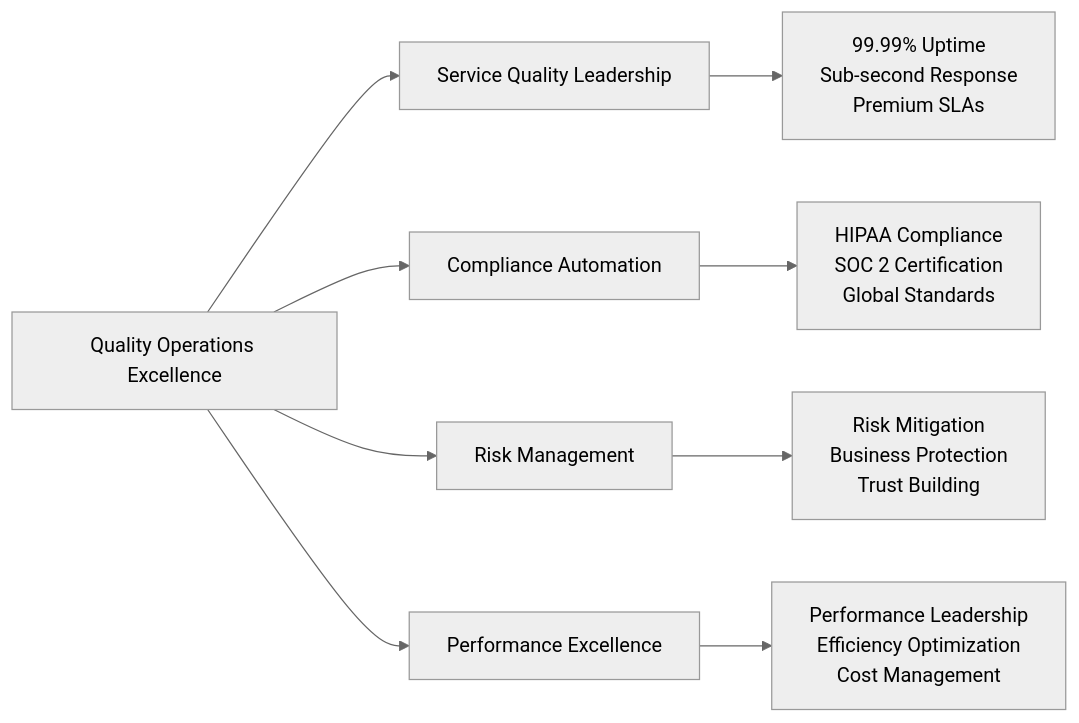
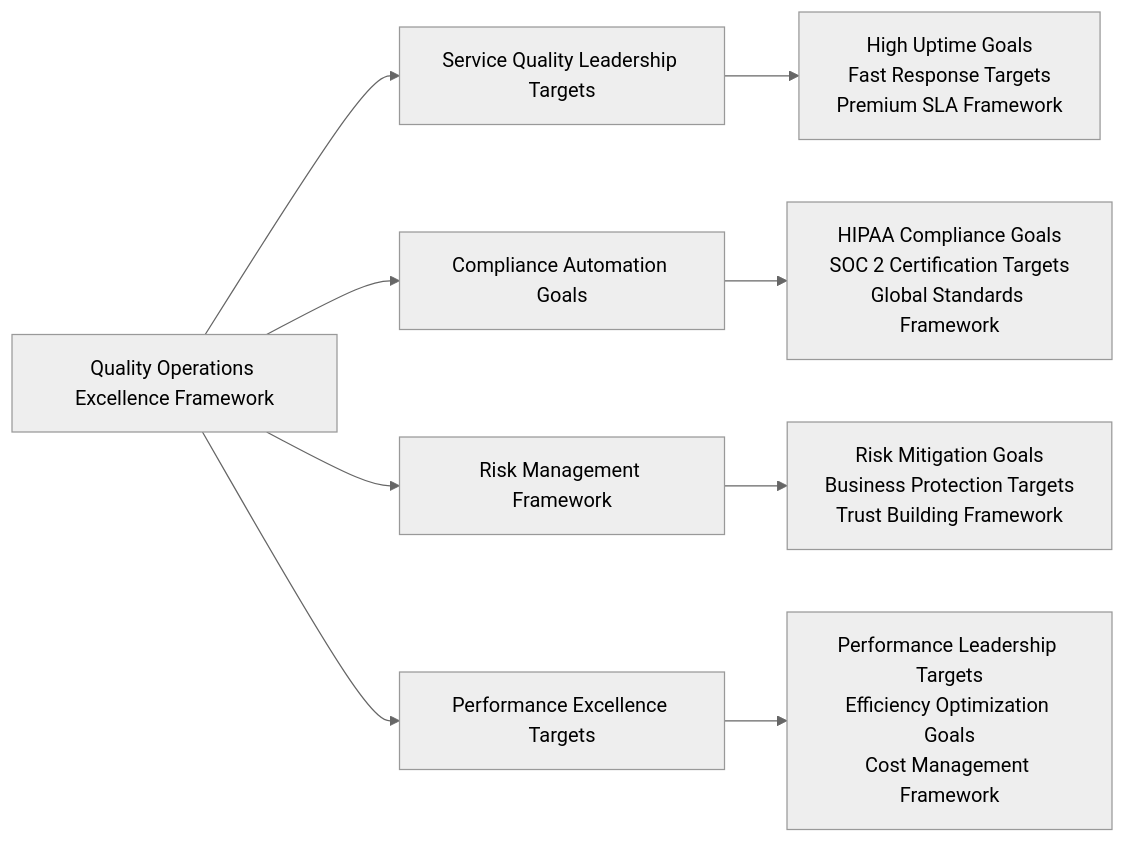
Before and after one commit to mydr24/book: the fourth of 6 diagrams in chapters/14-operations-maintenance.md, drawn with Mermaid (neutral theme). The commit also changed other lines of this file and 15 other files, not shown here.

````diff
--- a/chapters/14-operations-maintenance.md
+++ b/chapters/14-operations-maintenance.md
@@ -107,12 +111,12 @@
 ```mermaid
 graph LR
-    A[Quality Operations Excellence] --> B[Service Quality Leadership]
-    A --> C[Compliance Automation]
-    A --> D[Risk Management]
-    A --> E[Performance Excellence]
+    A[Quality Operations Excellence Framework] --> B[Service Quality Leadership Targets]
+    A --> C[Compliance Automation Goals]
+    A --> D[Risk Management Framework]
+    A --> E[Performance Excellence Targets]
     
-    B --> F[99.99% Uptime<br/>Sub-second Response<br/>Premium SLAs]
-    C --> G[HIPAA Compliance<br/>SOC 2 Certification<br/>Global Standards]
-    D --> H[Risk Mitigation<br/>Business Protection<br/>Trust Building]
-    E --> I[Performance Leadership<br/>Efficiency Optimization<br/>Cost Management]
+    B --> F[High Uptime Goals<br/>Fast Response Targets<br/>Premium SLA Framework]
+    C --> G[HIPAA Compliance Goals<br/>SOC 2 Certification Targets<br/>Global Standards Framework]
+    D --> H[Risk Mitigation Goals<br/>Business Protection Targets<br/>Trust Building Framework]
+    E --> I[Performance Leadership Targets<br/>Efficiency Optimization Goals<br/>Cost Management Framework]
 ```
````
